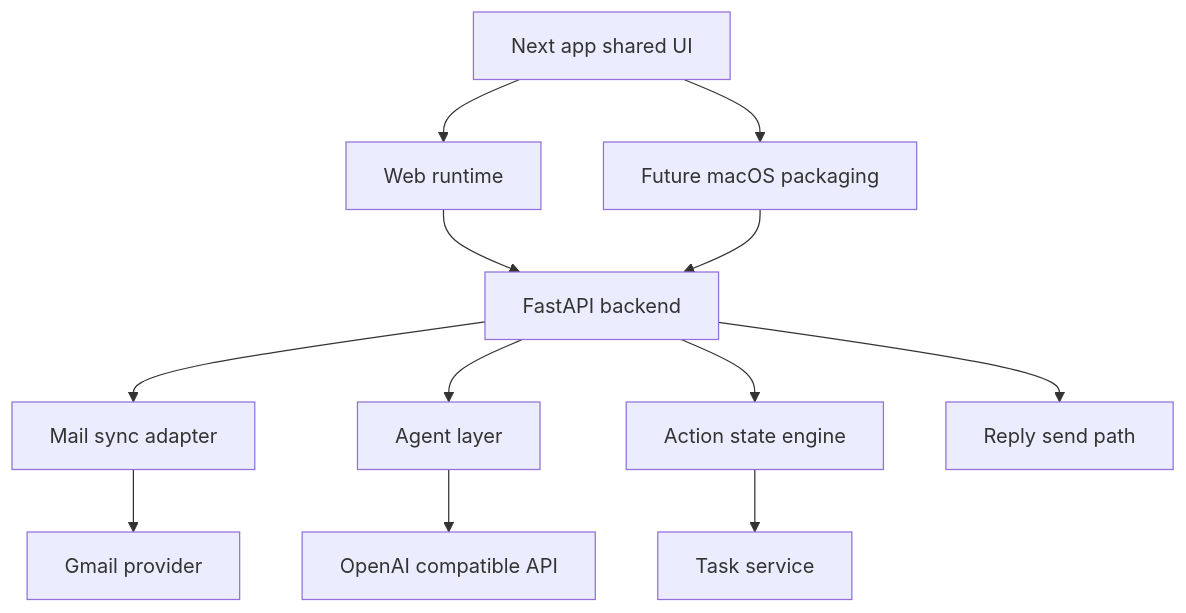
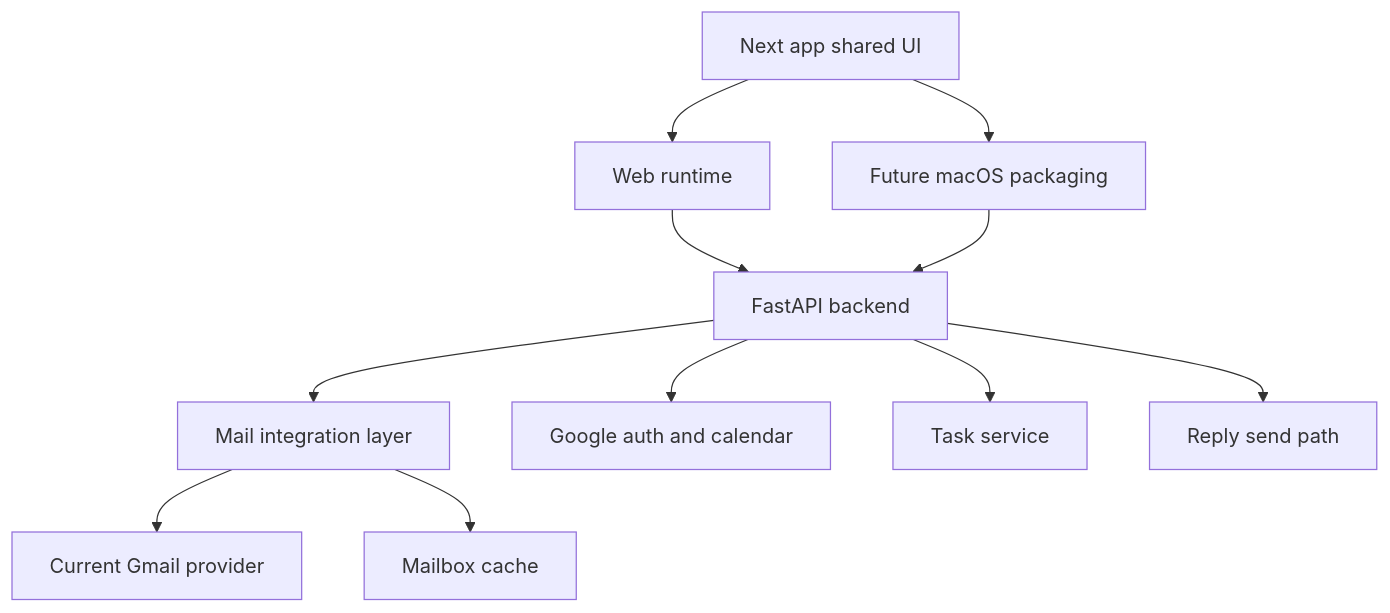
Before and after one commit to ruoliu2/InboxOS: the diagram in docs/rfc.md, drawn with Mermaid. The commit also changed other lines of this file and 33 other files, not shown here.

````diff
--- a/docs/rfc.md
+++ b/docs/rfc.md
@@ -26,14 +28,13 @@
 ```mermaid
 graph TD
 A1["Next app shared UI"] --> B1["Web runtime"]
 A1 --> C1["Future macOS packaging"]
 B1 --> D1["FastAPI backend"]
 C1 --> D1
-D1 --> E1["Mail sync adapter"]
-E1 --> F1["Gmail provider"]
-D1 --> G1["Agent layer"]
-G1 --> H1["OpenAI compatible API"]
-D1 --> I1["Action state engine"]
-I1 --> J1["Task service"]
-D1 --> K1["Reply send path"]
+D1 --> E1["Mail integration layer"]
+E1 --> F1["Current Gmail provider"]
+E1 --> G1["Mailbox cache"]
+D1 --> H1["Google auth and calendar"]
+D1 --> I1["Task service"]
+D1 --> J1["Reply send path"]
 ```
````
